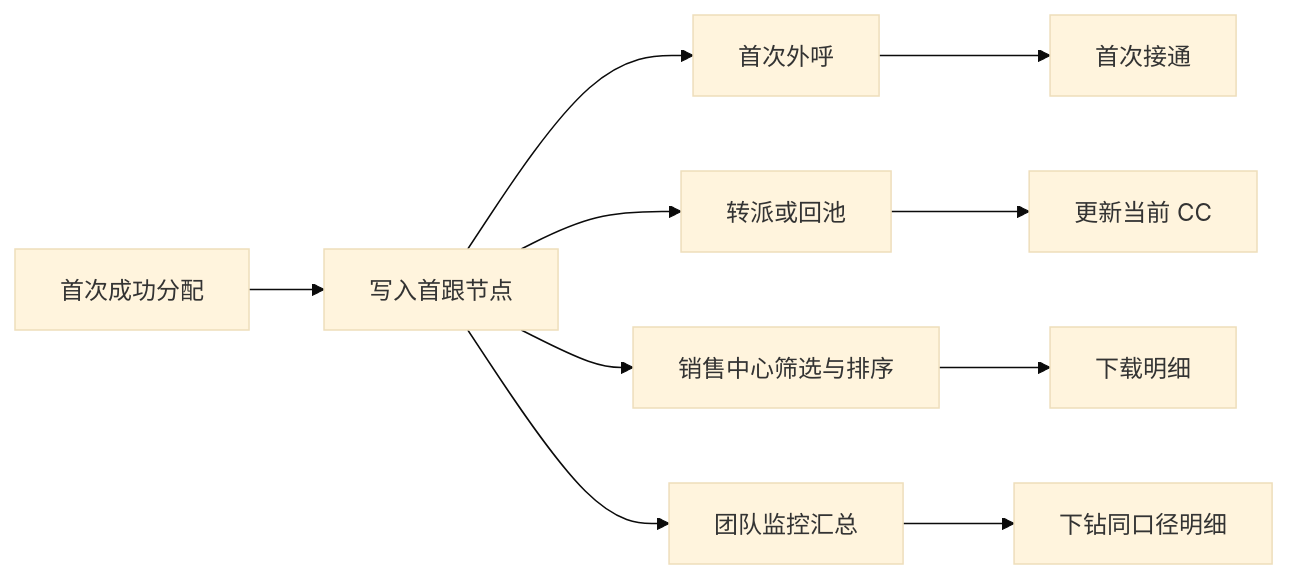
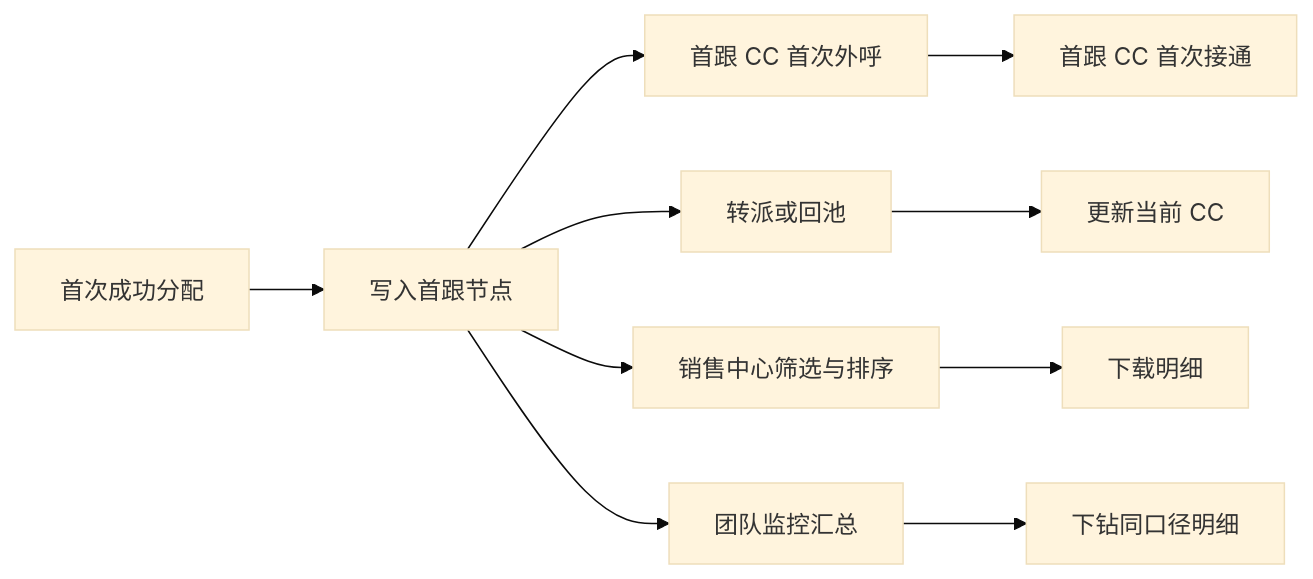
Before and after one commit to h3-ai-lab/hhhprd: the diagram in projects/first-contact-concise/PRD.md, drawn with Mermaid (base theme). The commit also changed other lines of this file and 15 other files, not shown here.

````diff
--- a/projects/first-contact-concise/PRD.md
+++ b/projects/first-contact-concise/PRD.md
@@ -40,12 +34,12 @@
 ```mermaid
 flowchart LR
     A[首次成功分配] --> B[写入首跟节点]
-    B --> C[首次外呼]
-    C --> D[首次接通]
+    B --> C[首跟 CC 首次外呼]
+    C --> D[首跟 CC 首次接通]
     B --> E[转派或回池]
     E --> F[更新当前 CC]
     B --> G[销售中心筛选与排序]
     G --> H[下载明细]
     B --> I[团队监控汇总]
     I --> J[下钻同口径明细]
 ```
````
